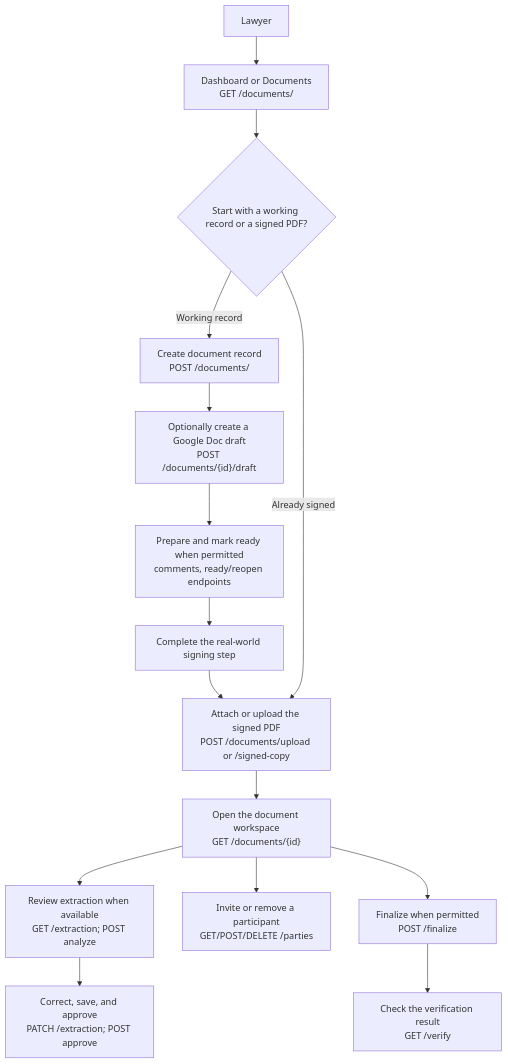
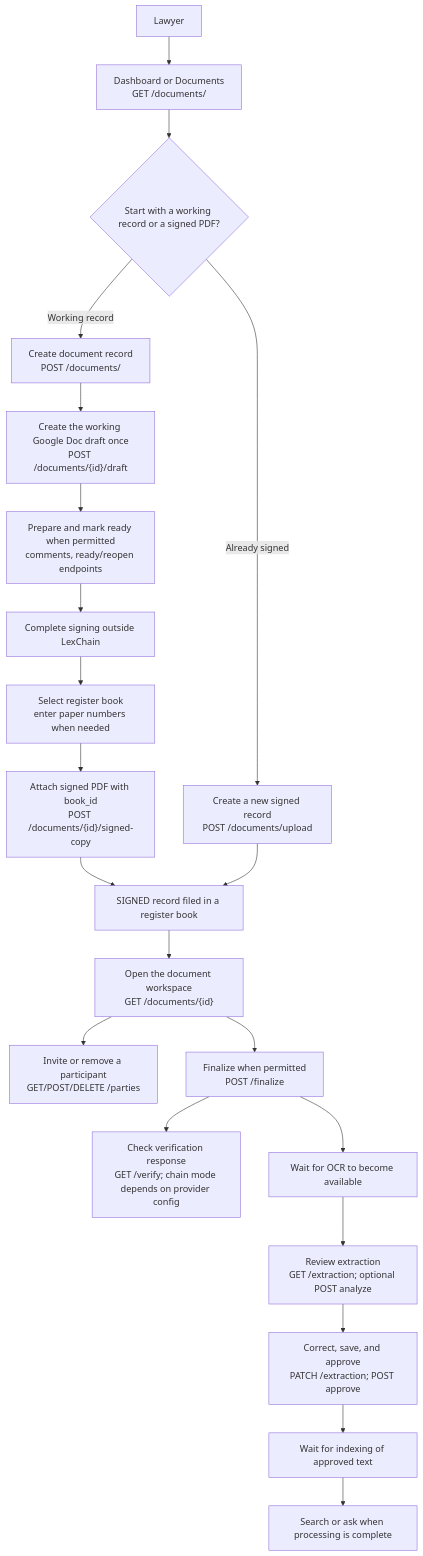
One commit to agustinelumandong/LexChain changed the second of 3 diagrams in docs/USER-FLOW-ARCHITECTURE.md. Above: the diagram before and after it, drawn with Mermaid. The commit also changed other lines of this file and 11 other files, not shown here.

Commit message:
docs: refresh architecture and testing guidance

````diff
--- a/docs/USER-FLOW-ARCHITECTURE.md
+++ b/docs/USER-FLOW-ARCHITECTURE.md
@@ -52,17 +62,23 @@
 ```mermaid
 flowchart TD
     lawyer["Lawyer"] --> workspace["Dashboard or Documents<br/>GET /documents/"]
     workspace --> choice{"Start with a working record or a signed PDF?"}
     choice -->|"Working record"| record["Create document record<br/>POST /documents/"]
-    record --> google["Optionally create a Google Doc draft<br/>POST /documents/{id}/draft"]
+    record --> google["Create the working Google Doc draft once<br/>POST /documents/{id}/draft"]
     google --> ready["Prepare and mark ready when permitted<br/>comments, ready/reopen endpoints"]
-    ready --> signing["Complete the real-world signing step"]
-    signing --> signed["Attach or upload the signed PDF<br/>POST /documents/upload or /signed-copy"]
-    choice -->|"Already signed"| signed
+    ready --> signing["Complete signing outside LexChain"]
+    signing --> chooseBook["Select register book<br/>enter paper numbers when needed"]
+    chooseBook --> attach["Attach signed PDF with book_id<br/>POST /documents/{id}/signed-copy"]
+    choice -->|"Already signed"| upload["Create a new signed record<br/>POST /documents/upload"]
+    attach --> signed["SIGNED record filed in a register book"]
+    upload --> signed
     signed --> detail["Open the document workspace<br/>GET /documents/{id}"]
-    detail --> review["Review extraction when available<br/>GET /extraction; POST analyze"]
-    review --> approve["Correct, save, and approve<br/>PATCH /extraction; POST approve"]
     detail --> share["Invite or remove a participant<br/>GET/POST/DELETE /parties"]
     detail --> finalize["Finalize when permitted<br/>POST /finalize"]
-    finalize --> verify["Check the verification result<br/>GET /verify"]
+    finalize --> verify["Check verification response<br/>GET /verify; chain mode depends on provider config"]
+    finalize --> ocr["Wait for OCR to become available"]
+    ocr --> review["Review extraction<br/>GET /extraction; optional POST analyze"]
+    review --> approve["Correct, save, and approve<br/>PATCH /extraction; POST approve"]
+    approve --> indexing["Wait for indexing of approved text"]
+    indexing --> retrieve["Search or ask when processing is complete"]
 ```
````
